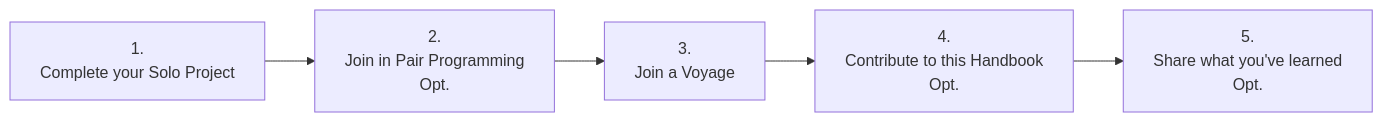
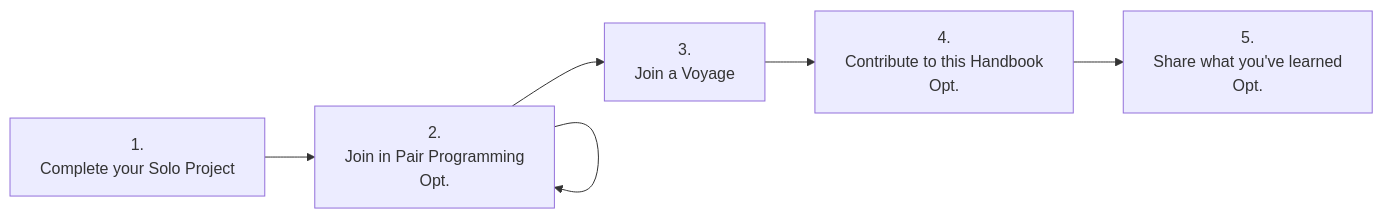
One commit to chingu-voyages/Handbook changed the diagram in README.md. Above: the diagram before and after it, drawn with Mermaid.

Commit message:
Feature: Add self reference to Pair Programming

````diff
--- a/README.md
+++ b/README.md
@@ -47,7 +47,8 @@
 ```mermaid
 graph LR
     A[1.\nComplete your Solo Project] --> B[2.\nJoin in Pair Programming\nOpt.]
+    B --> B
     B --> C[3.\nJoin a Voyage]
     C --> D[4.\nContribute to this Handbook\nOpt.]
     D --> E[5.\nShare what you've learned\nOpt.]
 ```
````
